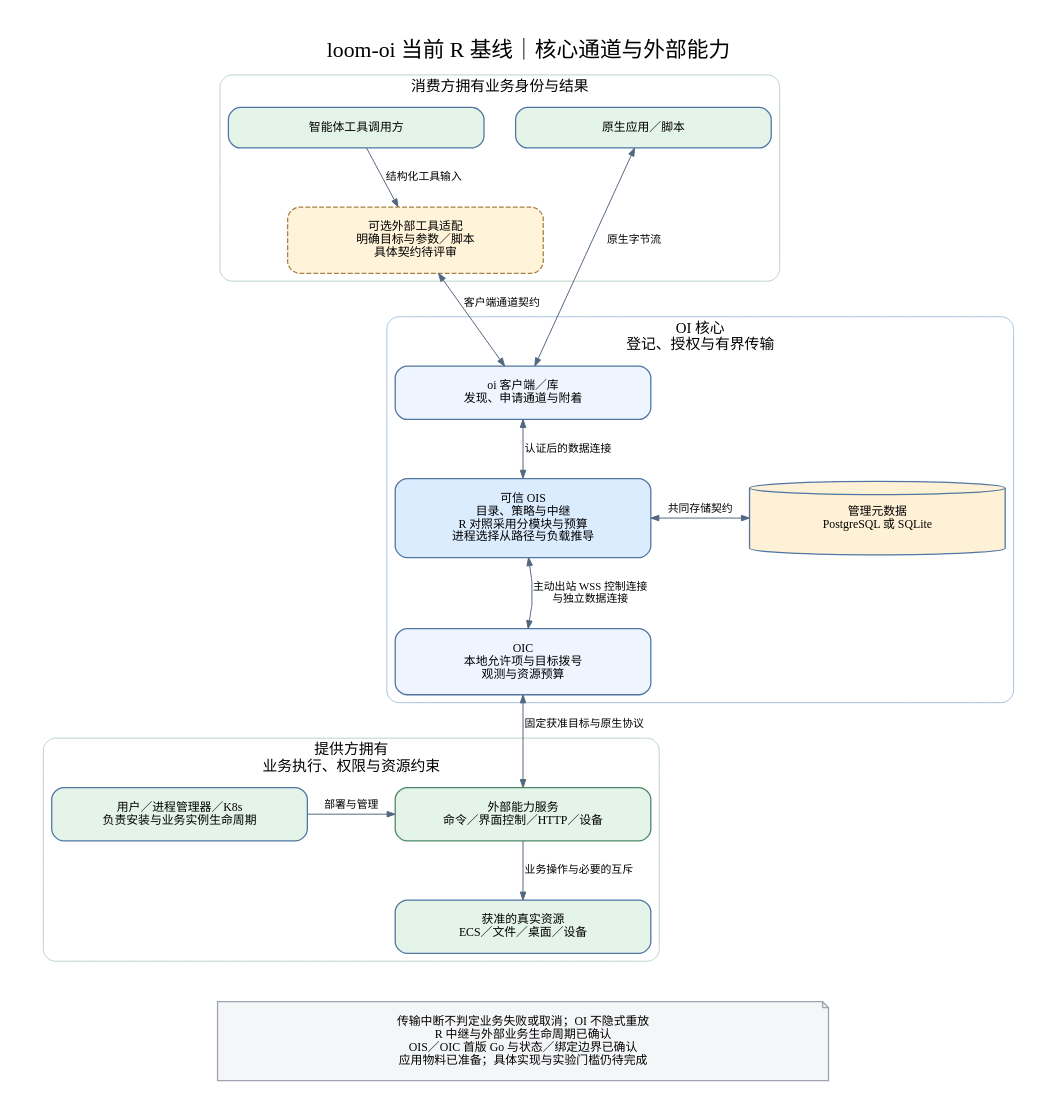
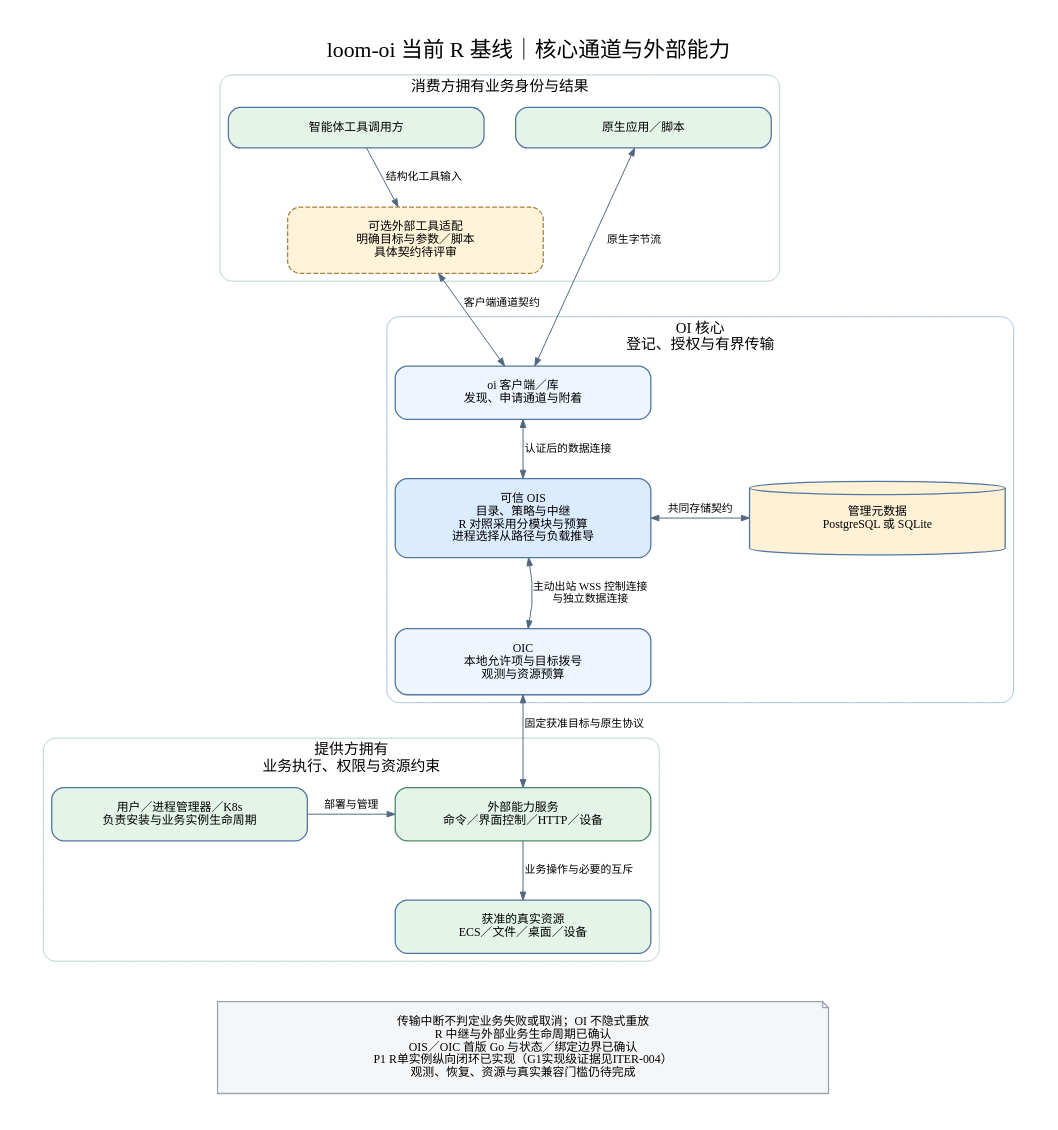
One commit to wyw-ai/loom-oi changed the diagram in docs/architecture/diagrams/v0.7/01-overview.dot. Above: the diagram before and after it, drawn with Graphviz. The commit also changed 49 other files, not shown here.

```diff
--- a/docs/architecture/diagrams/v0.7/01-overview.dot
+++ b/docs/architecture/diagrams/v0.7/01-overview.dot
@@ -1,39 +1,39 @@
 digraph G {
  graph [rankdir=TB,bgcolor="white",pad="0.4",nodesep="0.45",ranksep="0.65",fontname="Noto Sans SC",fontsize=22,labelloc="t",splines=polyline,label="loom-oi 当前 R 基线｜核心通道与外部能力"];
  node [shape=box,style="rounded,filled",fillcolor="#eef5ff",color="#5077a3",fontname="Noto Sans SC",fontsize=12,width=3.6,margin="0.3,0.2",penwidth=1.3];
  edge [color="#52677f",fontname="Noto Sans SC",fontsize=11,arrowsize=0.8];
  subgraph cluster_consumer {
   label="消费方拥有业务身份与结果";fontsize=15;color="#b9d5c6";style="rounded";
   native[label="原生应用／脚本",fillcolor="#e4f4e9"];
   agent[label="智能体工具调用方",fillcolor="#e4f4e9"];
   adapter[label="可选外部工具适配\n明确目标与参数／脚本\n具体契约待评审",style="rounded,dashed,filled",fillcolor="#fff3d9",color="#a68142"];
   {rank=same; native; agent;}
   agent->adapter[label="结构化工具输入"];
  }
  subgraph cluster_oi {
   label="OI 核心\n登记、授权与有界传输";labeljust="c";fontsize=15;color="#a7c4e1";style="rounded";
   cli[label="oi 客户端／库\n发现、申请通道与附着"];
   ois[label="可信 OIS\n目录、策略与中继\nR 对照采用分模块与预算\n进程选择从路径与负载推导",fillcolor="#dcecff"];
   oic[label="OIC\n本地允许项与目标拨号\n观测与资源预算"];
   store[label="管理元数据\nPostgreSQL 或 SQLite",shape=cylinder,fillcolor="#fff1d6"];
   cli->ois[dir=both,label="认证后的数据连接"];
   oic->ois[dir=both,label="主动出站 WSS 控制连接\n与独立数据连接",constraint=false];
   ois->oic[style=invis];
   ois->store[dir=both,label="共同存储契约"];
   {rank=same; ois; store;}
  }
  subgraph cluster_provider {
   label="提供方拥有\n业务执行、权限与资源约束";labeljust="c";fontsize=15;color="#b9d5c6";style="rounded";
   service[label="外部能力服务\n命令／界面控制／HTTP／设备",fillcolor="#e4f4e9",color="#4b8767"];
   owner[label="用户／进程管理器／K8s\n负责安装与业务实例生命周期",fillcolor="#e4f4e9"];
   resource[label="获准的真实资源\nECS／文件／桌面／设备",fillcolor="#e4f4e9"];
   owner->service[label="部署与管理"];
   service->resource[label="业务操作与必要的互斥"];
   {rank=same; service; owner;}
  }
  native->cli[dir=both,label="原生字节流"];
  adapter->cli[dir=both,label="客户端通道契约"];
  oic->service[dir=both,label="固定获准目标与原生协议"];
- note[label="传输中断不判定业务失败或取消；OI 不隐式重放\nR 中继与外部业务生命周期已确认\nOIS／OIC 首版 Go 与状态／绑定边界已确认\n应用物料已准备；具体实现与实验门槛仍待完成",width=8.6,shape=note,fillcolor="#f5f6f8",color="#9ca3af",fontsize=12];
+ note[label="传输中断不判定业务失败或取消；OI 不隐式重放\nR 中继与外部业务生命周期已确认\nOIS／OIC 首版 Go 与状态／绑定边界已确认\nP1 R单实例纵向闭环已实现（G1实现级证据见ITER-004）\n观测、恢复、资源与真实兼容门槛仍待完成",width=8.6,shape=note,fillcolor="#f5f6f8",color="#9ca3af",fontsize=12];
  resource->note[style=invis];
 }
```
